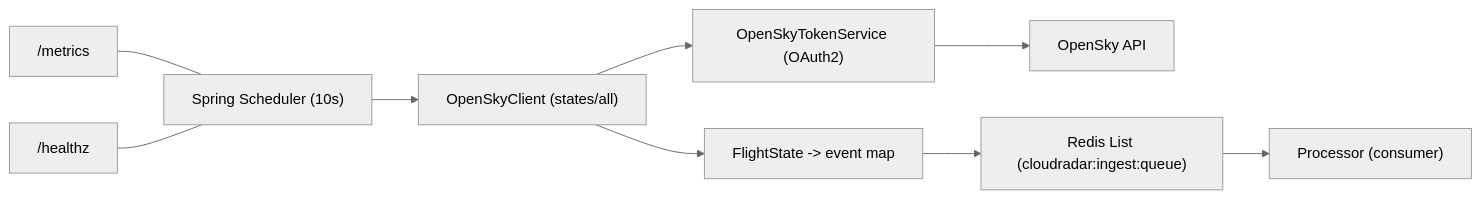
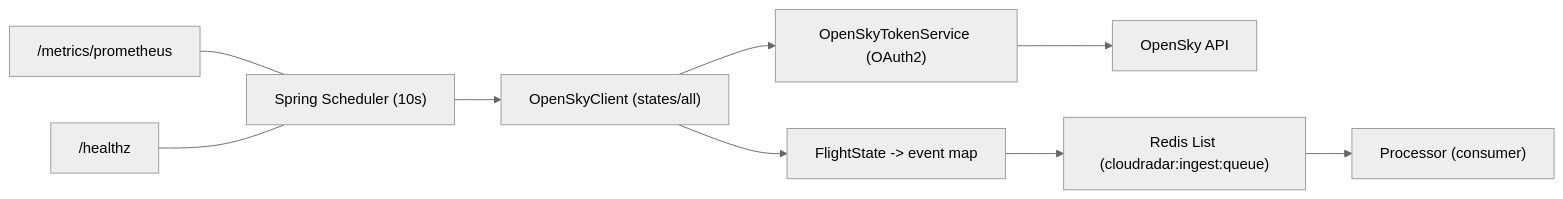
Before and after one commit to ClementV78/CloudRadar: the first of 2 diagrams in src/ingester/README.md, drawn with Mermaid (neutral theme). The commit also changed other lines of this file and 3 other files, not shown here.

````diff
--- a/src/ingester/README.md
+++ b/src/ingester/README.md
@@ -7,11 +7,11 @@
 ```mermaid
 flowchart LR
   Scheduler["Spring Scheduler (10s)"] --> Fetch["OpenSkyClient (states/all)"]
   Fetch --> Token["OpenSkyTokenService (OAuth2)"]
   Token --> OpenSky["OpenSky API"]
   Fetch --> Map["FlightState -> event map"]
   Map --> Redis["Redis List (cloudradar:ingest:queue)"]
   Redis --> Processor["Processor (consumer)"]
-  Metrics["/metrics"] --- Scheduler
+  Metrics["/metrics/prometheus"] --- Scheduler
   Health["/healthz"] --- Scheduler
 ```
````
